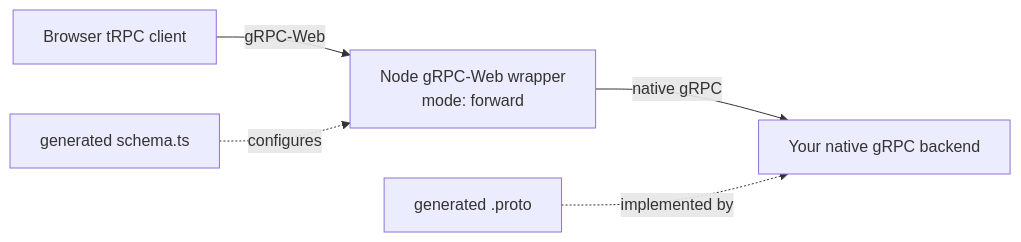
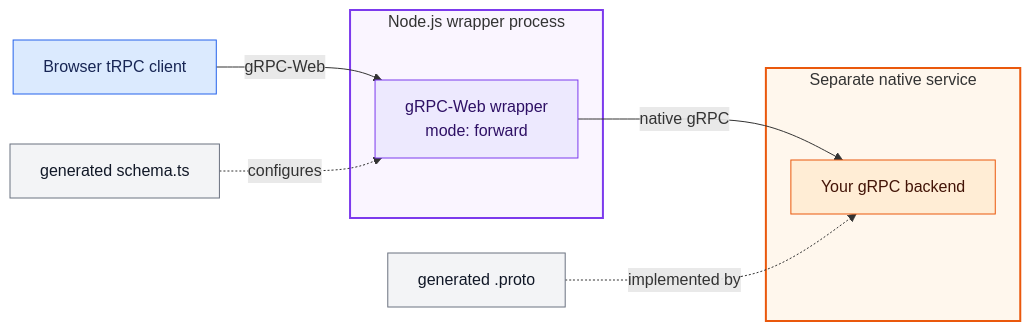
Before and after one commit to iocat/trpc-proto: the second of 3 diagrams in README.md, drawn with Mermaid. The commit also changed other lines of this file, not shown here.

Commit message:
docs: distinguish deployment diagram roles

````diff
--- a/README.md
+++ b/README.md
@@ -39,13 +39,30 @@
 ```mermaid
 flowchart LR
   Browser["Browser tRPC client"]
-  Wrapper["Node gRPC-Web wrapper<br/>mode: forward"]
-  Backend["Your native gRPC backend"]
   Proto["generated .proto"]
   Schema["generated schema.ts"]
+
+  subgraph WrapperProcess["Node.js wrapper process"]
+    Wrapper["gRPC-Web wrapper<br/>mode: forward"]
+  end
+
+  subgraph BackendProcess["Separate native service"]
+    Backend["Your gRPC backend"]
+  end
 
   Browser -->|"gRPC-Web"| Wrapper
   Wrapper -->|"native gRPC"| Backend
   Proto -. "implemented by" .-> Backend
   Schema -. "configures" .-> Wrapper
+
+  class Browser client
+  class Wrapper wrapper
+  class Backend backend
+  class Proto,Schema artifact
+  classDef client fill:#dbeafe,stroke:#2563eb,color:#172554
+  classDef wrapper fill:#ede9fe,stroke:#7c3aed,color:#2e1065
+  classDef backend fill:#ffedd5,stroke:#ea580c,color:#431407
+  classDef artifact fill:#f3f4f6,stroke:#6b7280,color:#111827
+  style WrapperProcess fill:#faf5ff,stroke:#7c3aed,stroke-width:2px
+  style BackendProcess fill:#fff7ed,stroke:#ea580c,stroke-width:2px
 ```
````
